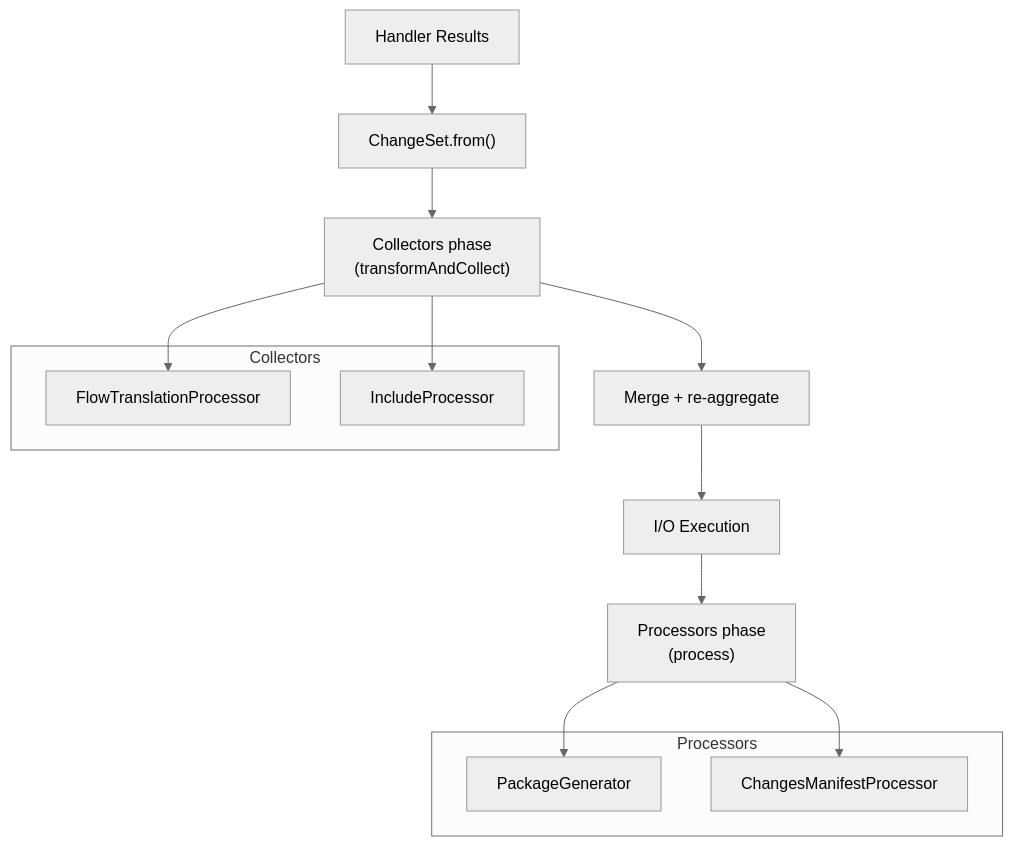
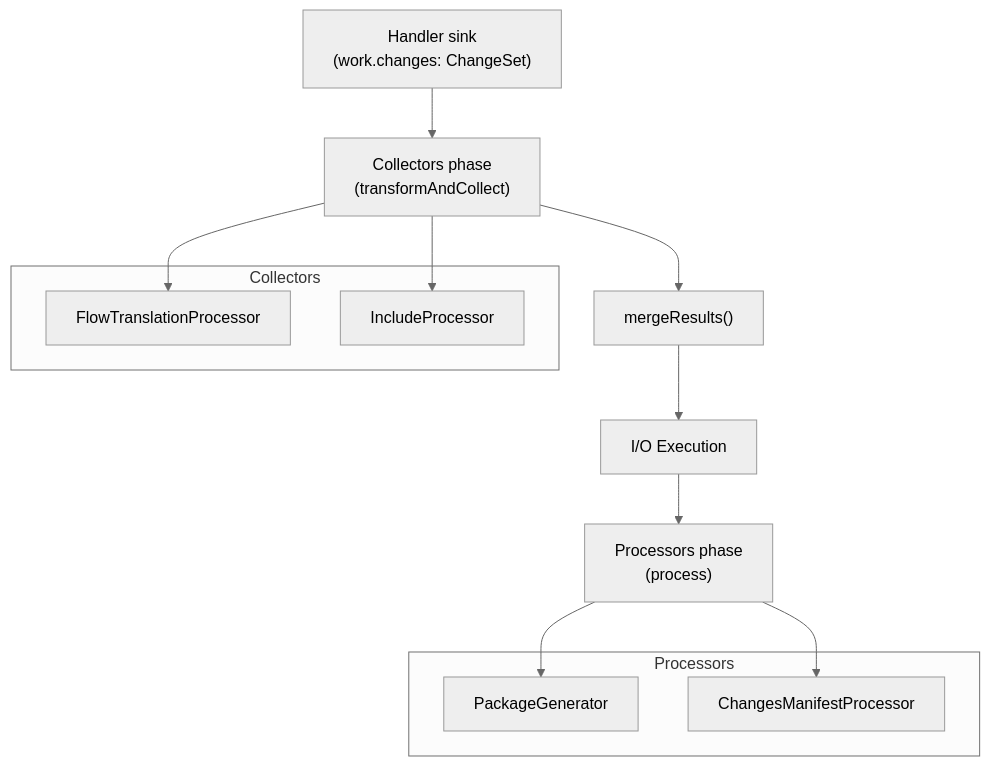
The fifth of 5 diagrams in DESIGN.md (scolladon/sfdx-git-delta), drawn with Mermaid (neutral theme) before and after one commit. The commit also changed other lines of this file and 151 other files, not shown here.

````diff
--- a/DESIGN.md
+++ b/DESIGN.md
@@ -339,23 +344,22 @@
 ```mermaid
 flowchart TD
-    HR["Handler Results"] --> A["ChangeSet.from()"]
-    A --> C["Collectors phase<br/>(transformAndCollect)"]
-    C --> M["Merge + re-aggregate"]
+    HR["Handler sink<br/>(work.changes: ChangeSet)"] --> C["Collectors phase<br/>(transformAndCollect)"]
+    C --> M["mergeResults()"]
     M --> IO["I/O Execution"]
     IO --> P["Processors phase<br/>(process)"]
 
     subgraph Collectors
         FT["FlowTranslationProcessor"]
         IP["IncludeProcessor"]
     end
 
     subgraph Processors
         PG["PackageGenerator"]
         CM["ChangesManifestProcessor"]
     end
 
     C --> FT
     C --> IP
     P --> PG
     P --> CM
 ```
````
